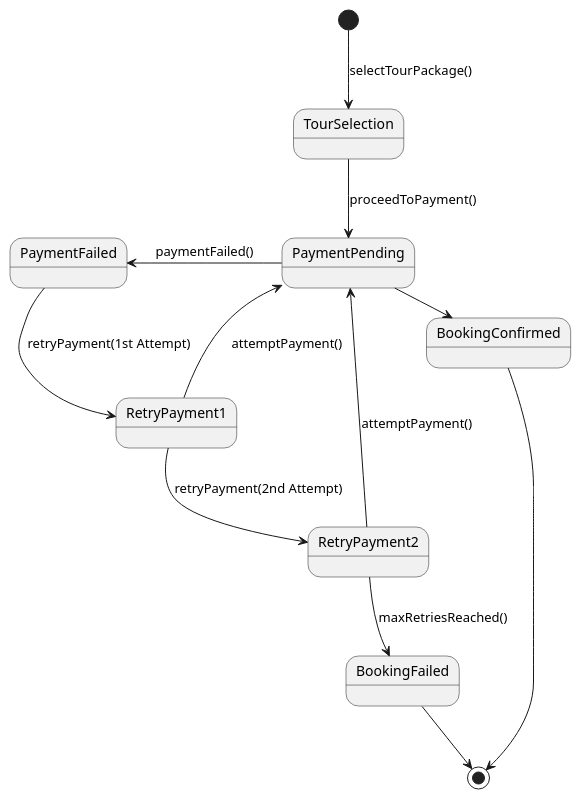
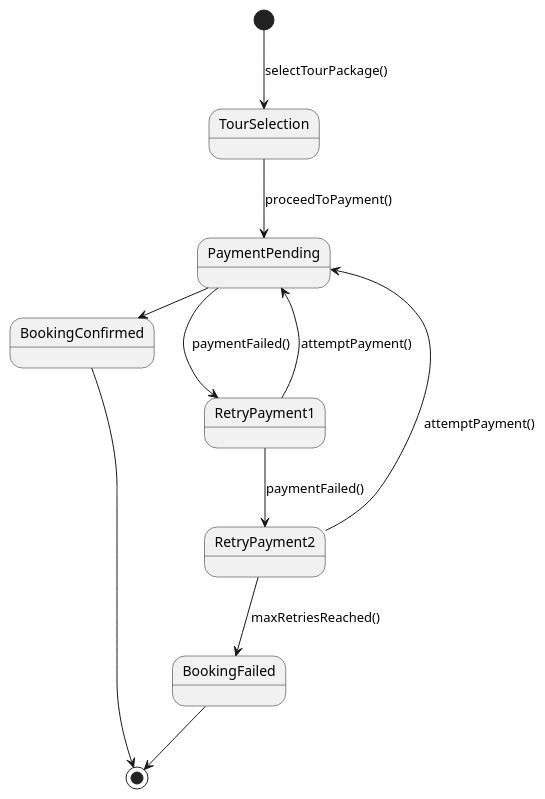
One commit to Hares-2088/TravelTrove changed the diagram in diagrams/Sprint3_booking/StateTransitionBooking.puml. Above: the diagram before and after it, drawn with PlantUML. The commit also changed 5 other files, not shown here.

```diff
--- a/diagrams/Sprint3_booking/StateTransitionBooking.puml
+++ b/diagrams/Sprint3_booking/StateTransitionBooking.puml
@@ -1,21 +1,18 @@
 @startuml
 [*] --> TourSelection : selectTourPackage()
 
 TourSelection -down-> PaymentPending : proceedToPayment()
 
 PaymentPending -right-> BookingConfirmed : paymentConfirmed()
-PaymentPending -left-> PaymentFailed : paymentFailed()
+PaymentPending -down-> RetryPayment1 : paymentFailed()
 
-PaymentFailed -down-> RetryPayment1 : retryPayment(1st Attempt)
 RetryPayment1 -up-> PaymentPending : attemptPayment()
+RetryPayment1 -down-> RetryPayment2 : paymentFailed()
 
-RetryPayment1 -down-> RetryPayment2 : retryPayment(2nd Attempt)
 RetryPayment2 -up-> PaymentPending : attemptPayment()
-
 RetryPayment2 -down-> BookingFailed : maxRetriesReached()
 
 BookingFailed --> [*]
 BookingConfirmed --> [*]
 
-
 @enduml
```
